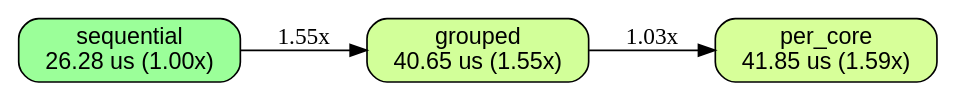
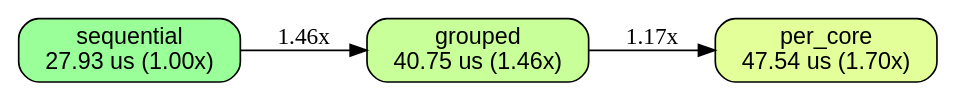
The diagram in docs/BENCHES.accumulator_grouped.w3_g64_n4096.linux-x86_64-c4-container-intel.dot (orgrinrt/hilavitkutin), drawn with Graphviz before and after one commit. The commit also changed 36 other files, not shown here.

```diff
--- a/docs/BENCHES.accumulator_grouped.w3_g64_n4096.linux-x86_64-c4-container-intel.dot
+++ b/docs/BENCHES.accumulator_grouped.w3_g64_n4096.linux-x86_64-c4-container-intel.dot
@@ -1,16 +1,16 @@
 // AUTO-GENERATED: DO NOT EDIT DIRECTLY
 //
 // Generated by: mockspace (mock)
-// Generated at: 2026-11-19T21:47:04Z
+// Generated at: 2026-11-19T22:15:46Z
 // Source: mock/
 // To regenerate: cargo mock
 
 digraph "accumulator_grouped/w3_g64_n4096 on linux-x86_64-c4-container-intel" {
   rankdir=LR;
   node [shape=box, style="rounded,filled", fontname="Helvetica"];
-  v0 [label="sequential\n26.28 us (1.00x)", fillcolor="0.330 0.4 1.0"];
-  v1 [label="grouped\n40.65 us (1.55x)", fillcolor="0.240 0.4 1.0"];
-  v2 [label="per_core\n41.85 us (1.59x)", fillcolor="0.232 0.4 1.0"];
-  v0 -> v1 [label="1.55x"];
-  v1 -> v2 [label="1.03x"];
+  v0 [label="sequential\n27.93 us (1.00x)", fillcolor="0.330 0.4 1.0"];
+  v1 [label="grouped\n40.75 us (1.46x)", fillcolor="0.254 0.4 1.0"];
+  v2 [label="per_core\n47.54 us (1.70x)", fillcolor="0.214 0.4 1.0"];
+  v0 -> v1 [label="1.46x"];
+  v1 -> v2 [label="1.17x"];
 }
```
